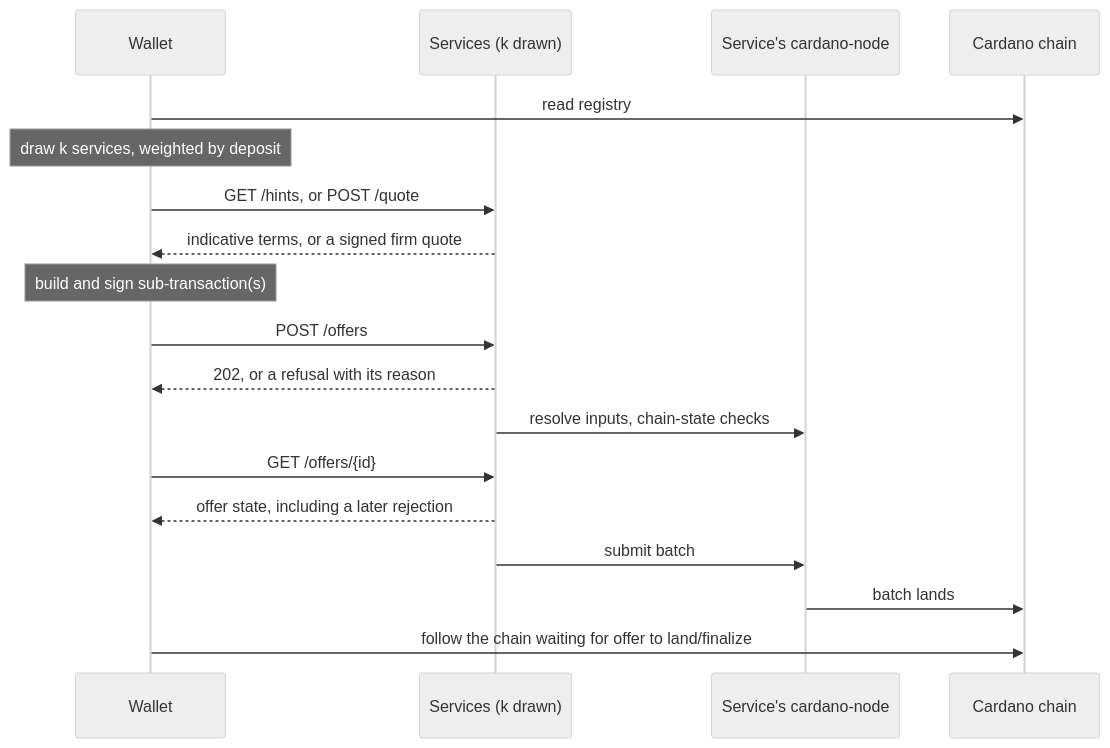
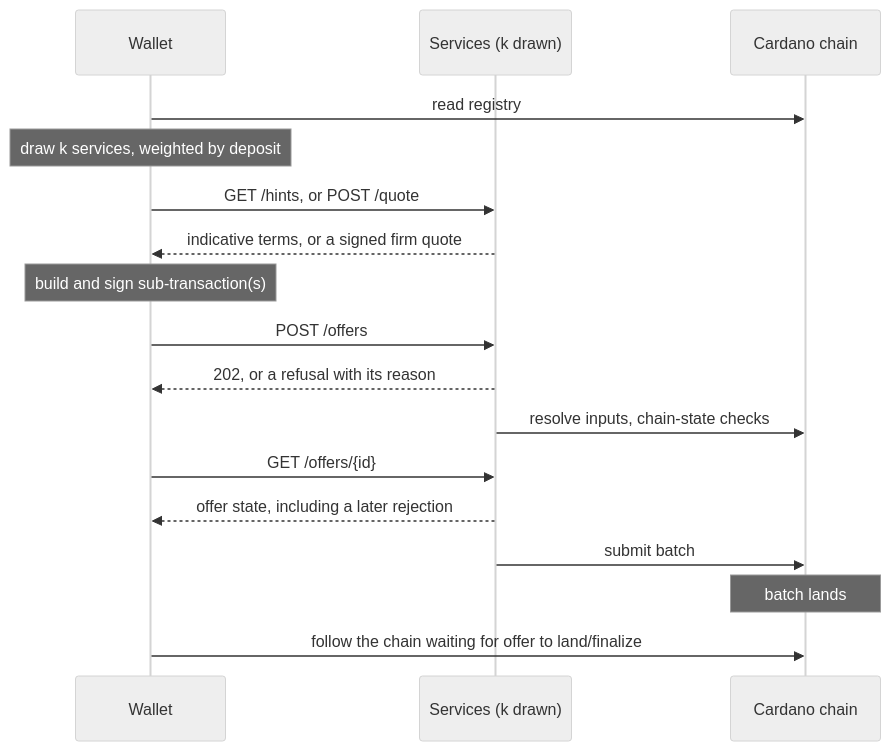
One commit to cardano-foundation/CIPs changed the second of 3 diagrams in CIP-0198/README.md. Above: the diagram before and after it, drawn with Mermaid (neutral theme). The commit also changed other lines of this file, not shown here.

Commit message:
merge cardano-node and cardano chain in diagrams

````diff
--- a/CIP-0198/README.md
+++ b/CIP-0198/README.md
@@ -122,21 +122,20 @@
 ```mermaid
 sequenceDiagram
   participant W as Wallet
   participant S as Services (k drawn)
-  participant N as Service's cardano-node
   participant C as Cardano chain
 
   W->>C: read registry
   Note over W: draw k services, weighted by deposit
   W->>S: GET /hints, or POST /quote
   S-->>W: indicative terms, or a signed firm quote
   Note over W: build and sign sub-transaction(s)
   W->>S: POST /offers
   S-->>W: 202, or a refusal with its reason
-  S->>N: resolve inputs, chain-state checks
+  S->>C: resolve inputs, chain-state checks
   W->>S: GET /offers/{id}
   S-->>W: offer state, including a later rejection
-  S->>N: submit batch
-  N->>C: batch lands
+  S->>C: submit batch
+  Note over C: batch lands
   W->>C: follow the chain waiting for offer to land/finalize
 ```
````
